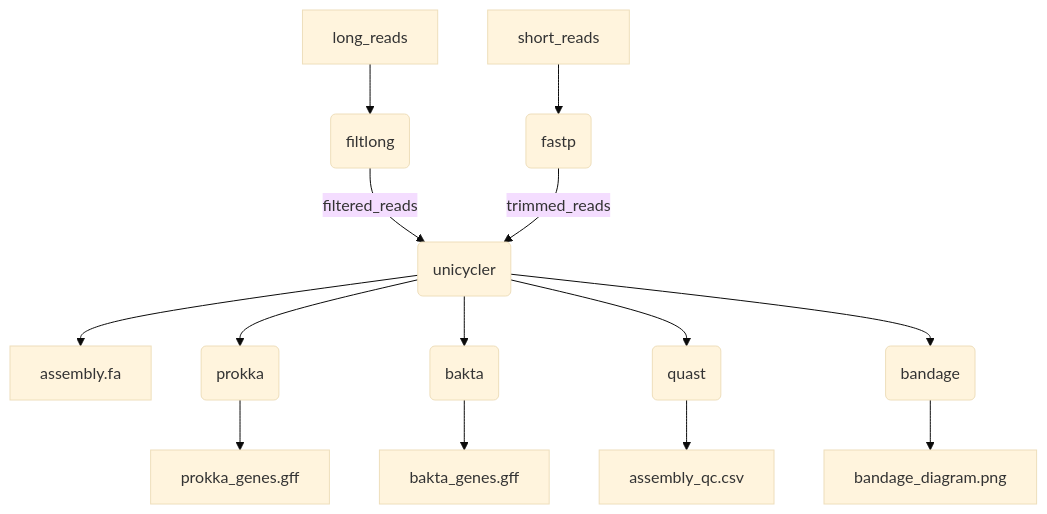
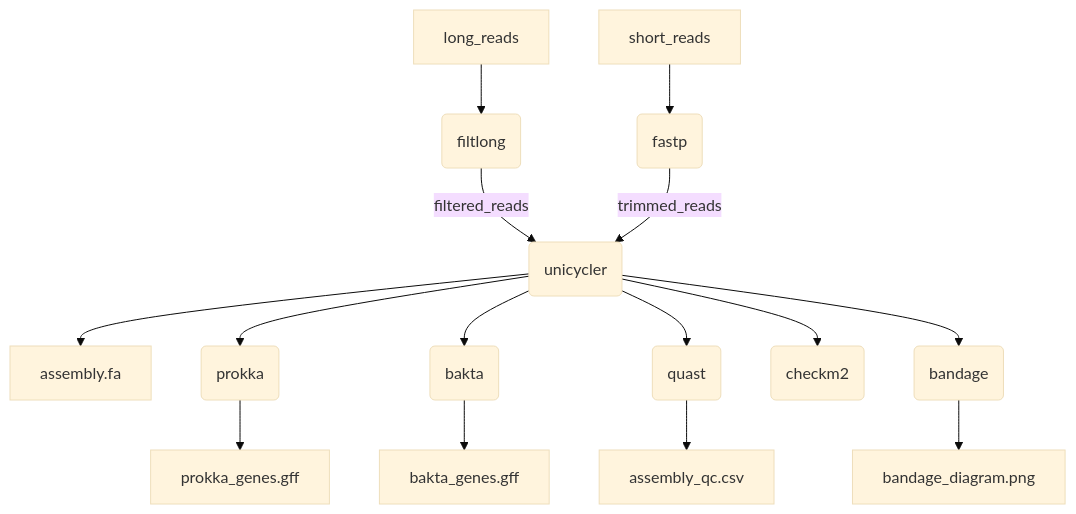
One commit to BCCDC-PHL/routine-assembly changed the diagram in README.md. Above: the diagram before and after it, drawn with Mermaid (base theme). The commit also changed other lines of this file, not shown here.

````diff
--- a/README.md
+++ b/README.md
@@ -14,16 +14,17 @@
 ```mermaid
 flowchart TD
   short_reads --> fastp(fastp)
   long_reads --> filtlong(filtlong)
   filtlong -- filtered_reads --> unicycler(unicycler)
   fastp -- trimmed_reads --> unicycler
   unicycler --> assembly["assembly.fa"]
   unicycler --> prokka(prokka)
   prokka --> prokka_genes["prokka_genes.gff"]
   unicycler --> bakta(bakta)
   bakta --> bakta_genes["bakta_genes.gff"]
   unicycler --> quast(quast)
+  unicycler --> checkm2(checkm2)
   unicycler --> bandage(bandage)
   bandage --> bandage_diagram["bandage_diagram.png"]
   quast --> assembly_qc["assembly_qc.csv"]
 ```
````
